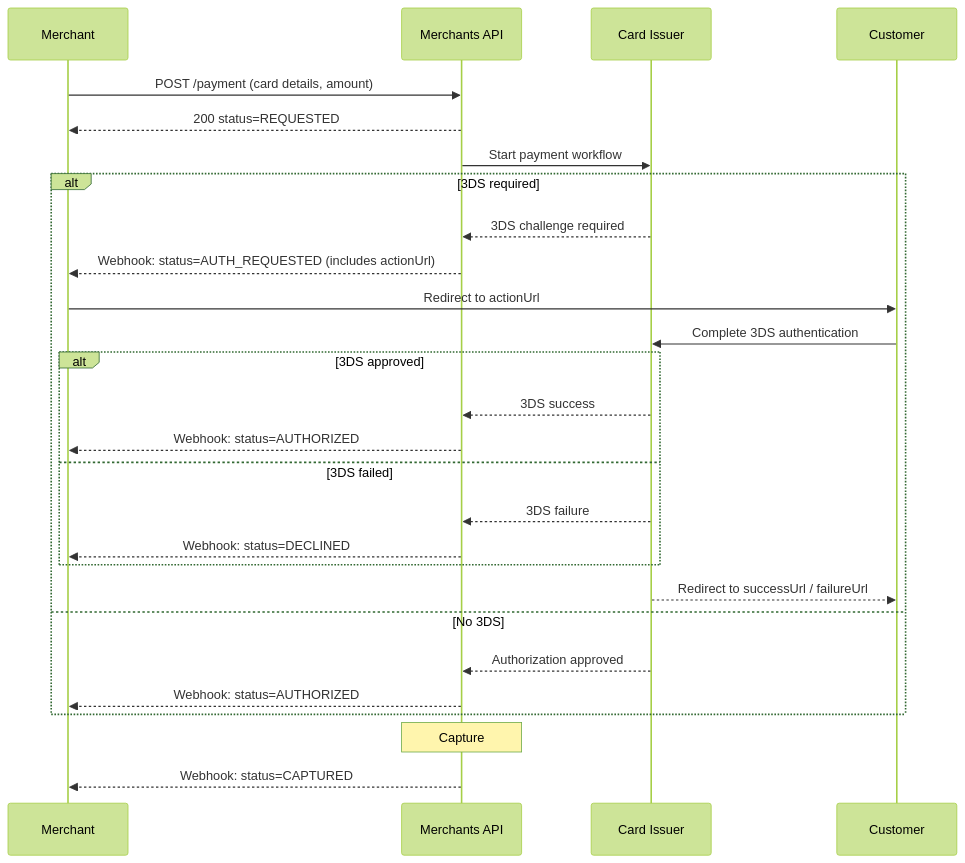
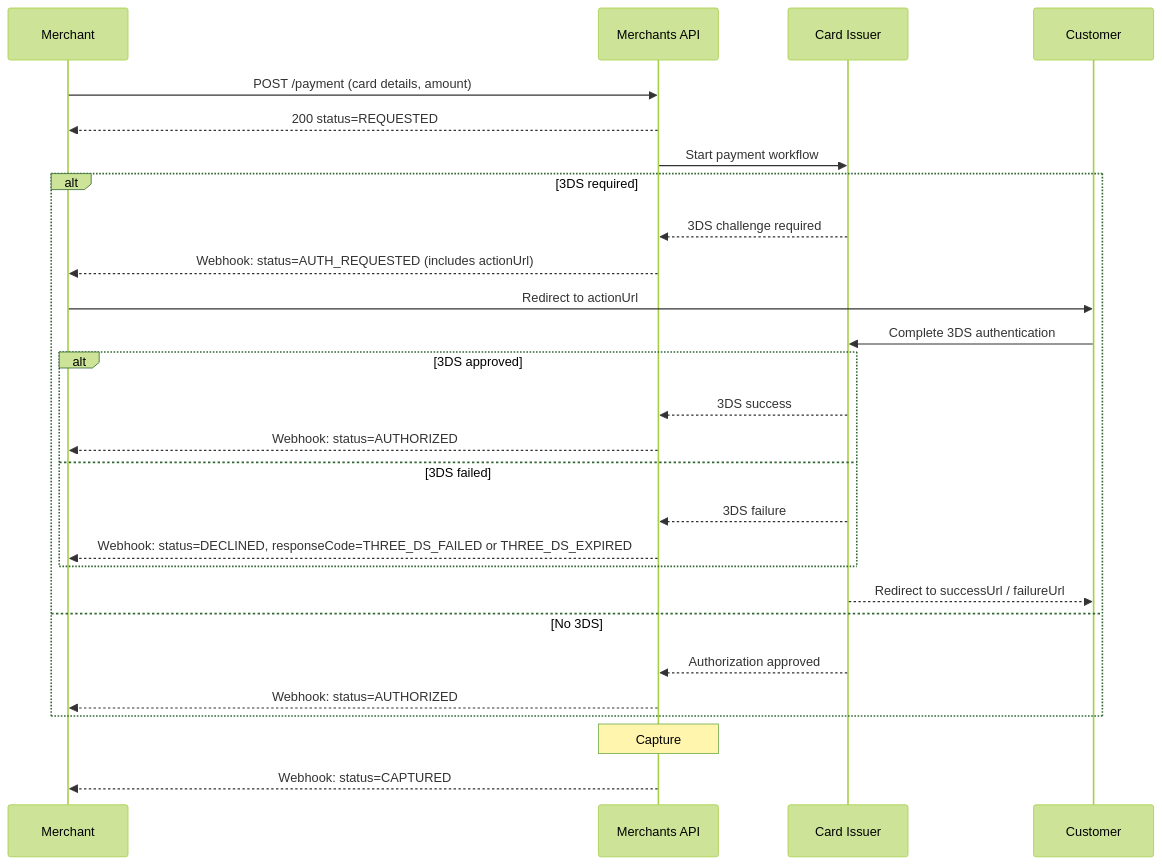
One commit to KumaaGroup/platform-merchant-api changed the first of 5 diagrams in docs/card-payments.md. Above: the diagram before and after it, drawn with Mermaid (forest theme). The commit also changed other lines of this file and 2 other files, not shown here.

First line of the commit message:
docs: 3DS response codes + INVALID webhook signal (#4)

````diff
--- a/docs/card-payments.md
+++ b/docs/card-payments.md
@@ -13,30 +13,30 @@
 ```mermaid
 sequenceDiagram
     participant M as Merchant
     participant API as Merchants API
     participant I as Card Issuer
     participant C as Customer
 
     M->>API: POST /payment (card details, amount)
     API-->>M: 200 status=REQUESTED
     API->>I: Start payment workflow
     alt 3DS required
         I-->>API: 3DS challenge required
         API-->>M: Webhook: status=AUTH_REQUESTED (includes actionUrl)
         M->>C: Redirect to actionUrl
         C->>I: Complete 3DS authentication
         alt 3DS approved
             I-->>API: 3DS success
             API-->>M: Webhook: status=AUTHORIZED
         else 3DS failed
             I-->>API: 3DS failure
-            API-->>M: Webhook: status=DECLINED
+            API-->>M: Webhook: status=DECLINED, responseCode=THREE_DS_FAILED or THREE_DS_EXPIRED
         end
         I-->>C: Redirect to successUrl / failureUrl
     else No 3DS
         I-->>API: Authorization approved
         API-->>M: Webhook: status=AUTHORIZED
     end
     Note over API: Capture
     API-->>M: Webhook: status=CAPTURED
 ```
````
